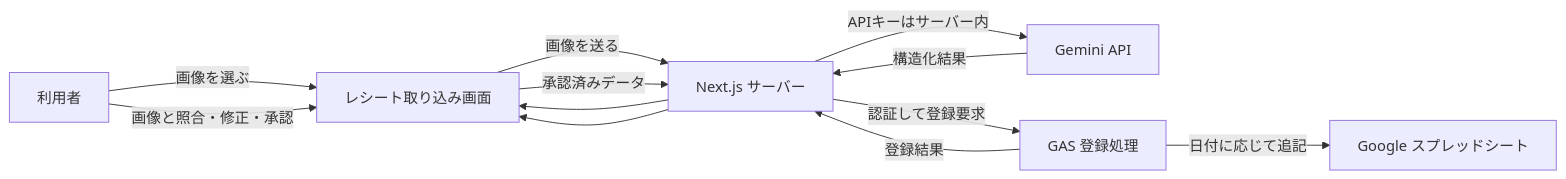
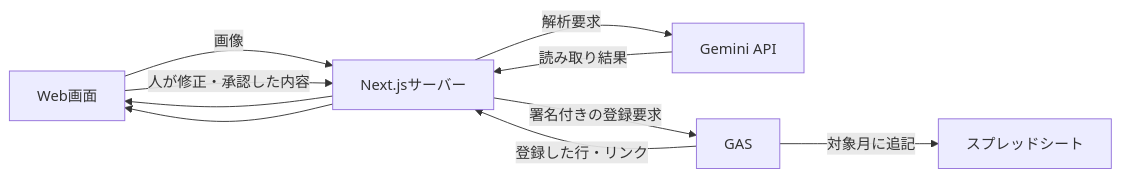
Before and after one commit to kuraryu405/receipt-import-poc: the diagram in docs/gas-ledger.md, drawn with Mermaid. The commit also changed other lines of this file and 4 other files, not shown here.

Commit message:
docs: rewrite research notes and ledger architecture for handover

````diff
--- a/docs/gas-ledger.md
+++ b/docs/gas-ledger.md
@@ -11,14 +9,12 @@
 ```mermaid
 flowchart LR
-  U[利用者] -->|画像を選ぶ| UI[レシート取り込み画面]
-  UI -->|画像を送る| API[Next.js サーバー]
-  API -->|APIキーはサーバー内| AI[Gemini API]
-  AI -->|構造化結果| API
+  UI[Web画面] -->|画像| API[Next.jsサーバー]
+  API -->|解析要求| AI[Gemini API]
+  AI -->|読み取り結果| API
   API --> UI
-  U -->|画像と照合・修正・承認| UI
-  UI -->|承認済みデータ| API
-  API -->|認証して登録要求| GAS[GAS 登録処理]
-  GAS -->|日付に応じて追記| SHEET[Google スプレッドシート]
-  GAS -->|登録結果| API
+  UI -->|人が修正・承認した内容| API
+  API -->|署名付きの登録要求| GAS[GAS]
+  GAS -->|対象月に追記| SHEET[スプレッドシート]
+  GAS -->|登録した行・リンク| API
   API --> UI
 ```
````
